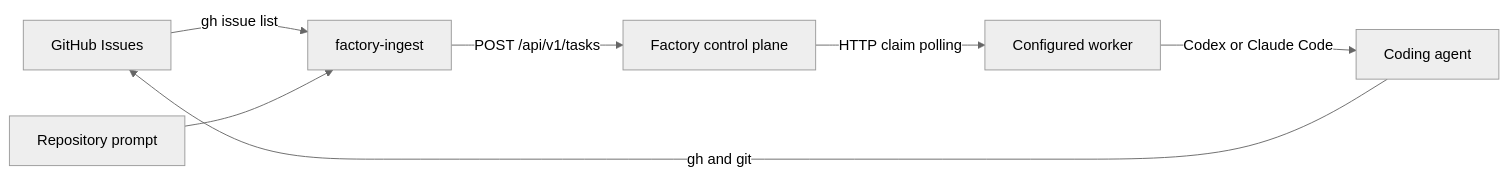
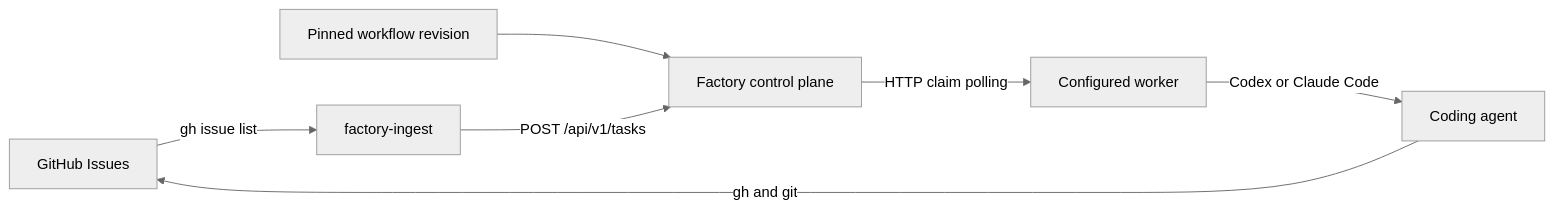
The diagram in docs/v2-github-ingest/design.md (owainlewis/factory), drawn with Mermaid (neutral theme) before and after one commit. The commit also changed other lines of this file and 2 other files, not shown here.

Commit message:
docs(v2): define reusable workflow contract

````diff
--- a/docs/v2-github-ingest/design.md
+++ b/docs/v2-github-ingest/design.md
@@ -40,9 +46,9 @@
 ```mermaid
 flowchart LR
     GH["GitHub Issues"] -->|"gh issue list"| I["factory-ingest"]
-    P["Repository prompt"] --> I
+    F["Pinned workflow revision"] --> CP
     I -->|"POST /api/v1/tasks"| CP["Factory control plane"]
     CP -->|"HTTP claim polling"| W["Configured worker"]
     W -->|"Codex or Claude Code"| A["Coding agent"]
     A -->|"gh and git"| GH
 ```
````
